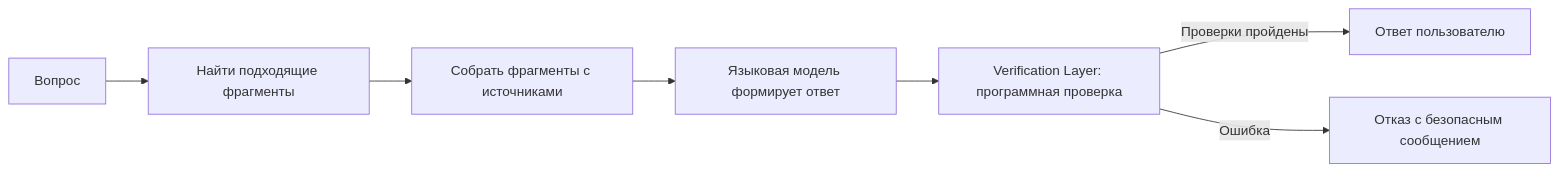
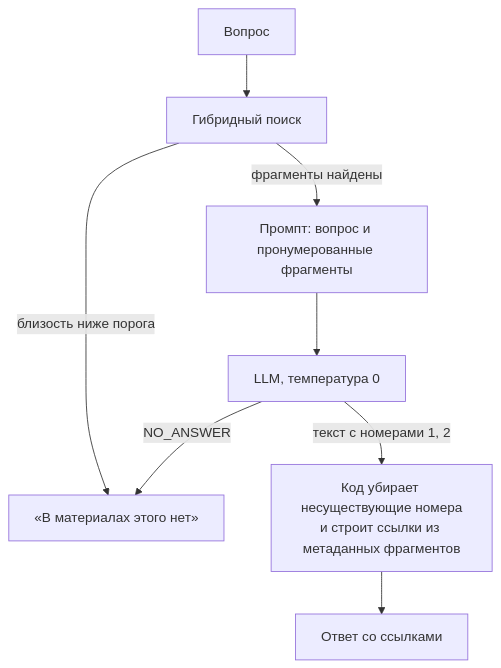
One commit to Xlemon5/english-tutor-ai changed the second of 2 diagrams in README.md. Above: the diagram before and after it, drawn with Mermaid. The commit also changed other lines of this file and 556 other files, not shown here.

````diff
--- a/README.md
+++ b/README.md
@@ -30,9 +211,10 @@
 ```mermaid
-flowchart LR
-    Q[Вопрос] --> R[Найти подходящие фрагменты]
-    R --> C[Собрать фрагменты с источниками]
-    C --> L[Языковая модель формирует ответ]
-    L --> V[Verification Layer: программная проверка]
-    V -->|Проверки пройдены| A[Ответ пользователю]
-    V -->|Ошибка| F[Отказ с безопасным сообщением]
+flowchart TD
+    Q[Вопрос] --> R[Гибридный поиск]
+    R -->|близость ниже порога| N[«В материалах этого нет»]
+    R -->|фрагменты найдены| P[Промпт: вопрос и пронумерованные фрагменты]
+    P --> M[LLM, температура 0]
+    M -->|NO_ANSWER| N
+    M -->|текст с номерами 1, 2| K[Код убирает несуществующие номера<br/>и строит ссылки из метаданных фрагментов]
+    K --> A[Ответ со ссылками]
 ```
````
